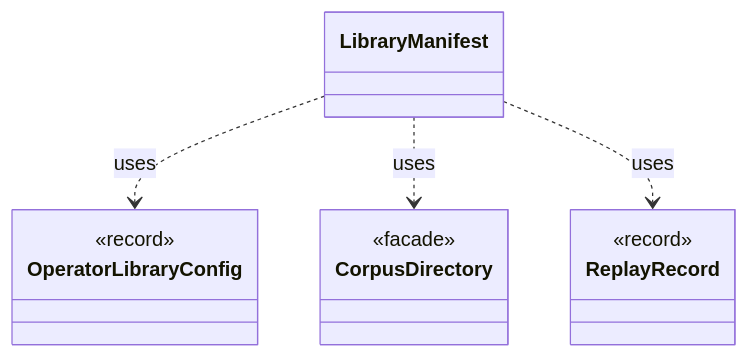
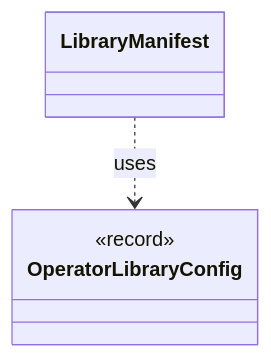
One commit to tlaplus/model-checker-hardening changed the diagram in dev/types/io.github.tlaplus.hardening.workflow.library.LibraryManifest.md. Above: the diagram before and after it, drawn with Mermaid. The commit also changed other lines of this file and 413 other files, not shown here.

````diff
--- a/dev/types/io.github.tlaplus.hardening.workflow.library.LibraryManifest.md
+++ b/dev/types/io.github.tlaplus.hardening.workflow.library.LibraryManifest.md
@@ -7,16 +9,8 @@
 ```mermaid
 classDiagram
   class LibraryManifest
   class OperatorLibraryConfig {
     <<record>>
   }
-  class CorpusDirectory {
-    <<facade>>
-  }
-  class ReplayRecord {
-    <<record>>
-  }
   LibraryManifest ..> OperatorLibraryConfig : uses
-  LibraryManifest ..> CorpusDirectory : uses
-  LibraryManifest ..> ReplayRecord : uses
 ```
````
